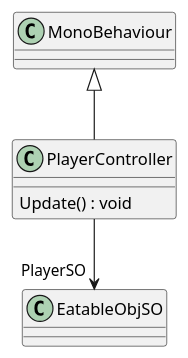
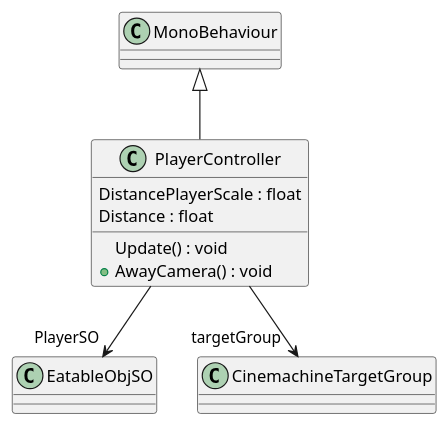
The diagram in plantuml/Players/PlayerController.puml (MainCastle1212/EverythingEater), drawn with PlantUML before and after one commit. The commit also changed 24 other files, not shown here.

```diff
--- a/plantuml/Players/PlayerController.puml
+++ b/plantuml/Players/PlayerController.puml
@@ -1,7 +1,11 @@
 @startuml
 class PlayerController {
+    DistancePlayerScale : float
+    Distance : float
     Update() : void
+    + AwayCamera() : void
 }
 MonoBehaviour <|-- PlayerController
 PlayerController --> "PlayerSO" EatableObjSO
+PlayerController --> "targetGroup" CinemachineTargetGroup
 @enduml
```
